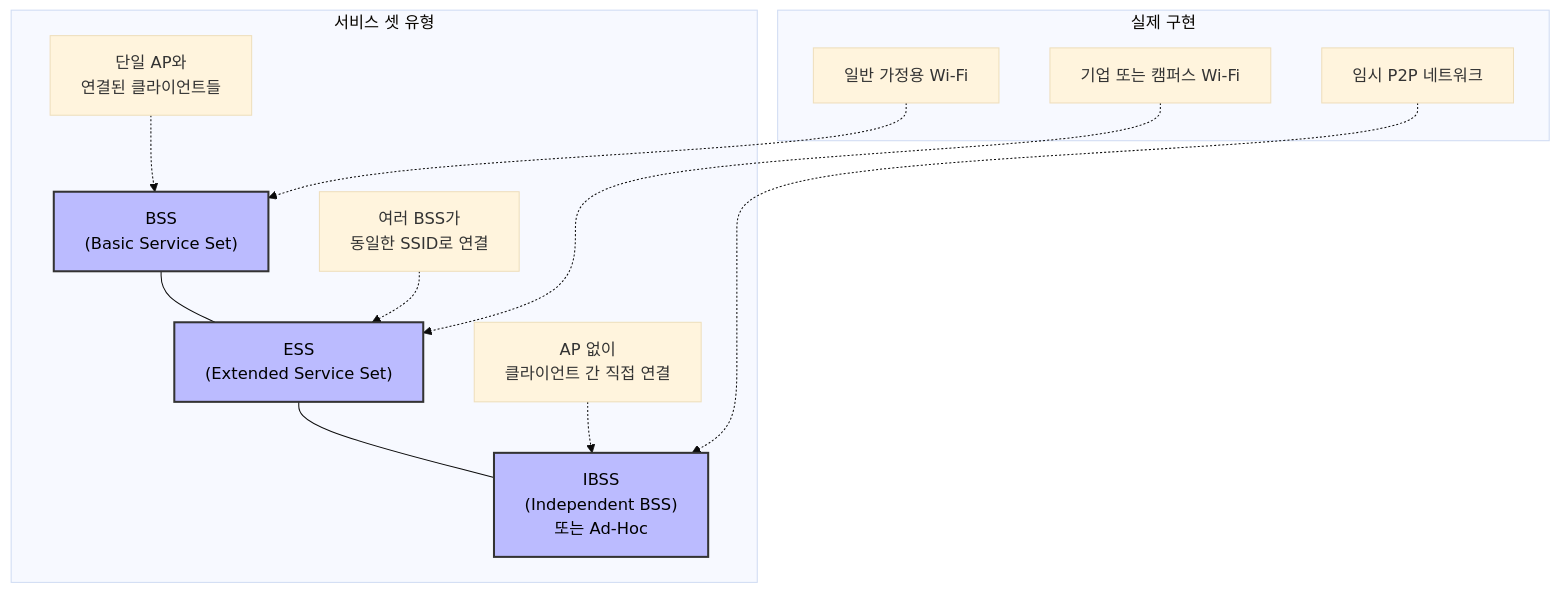
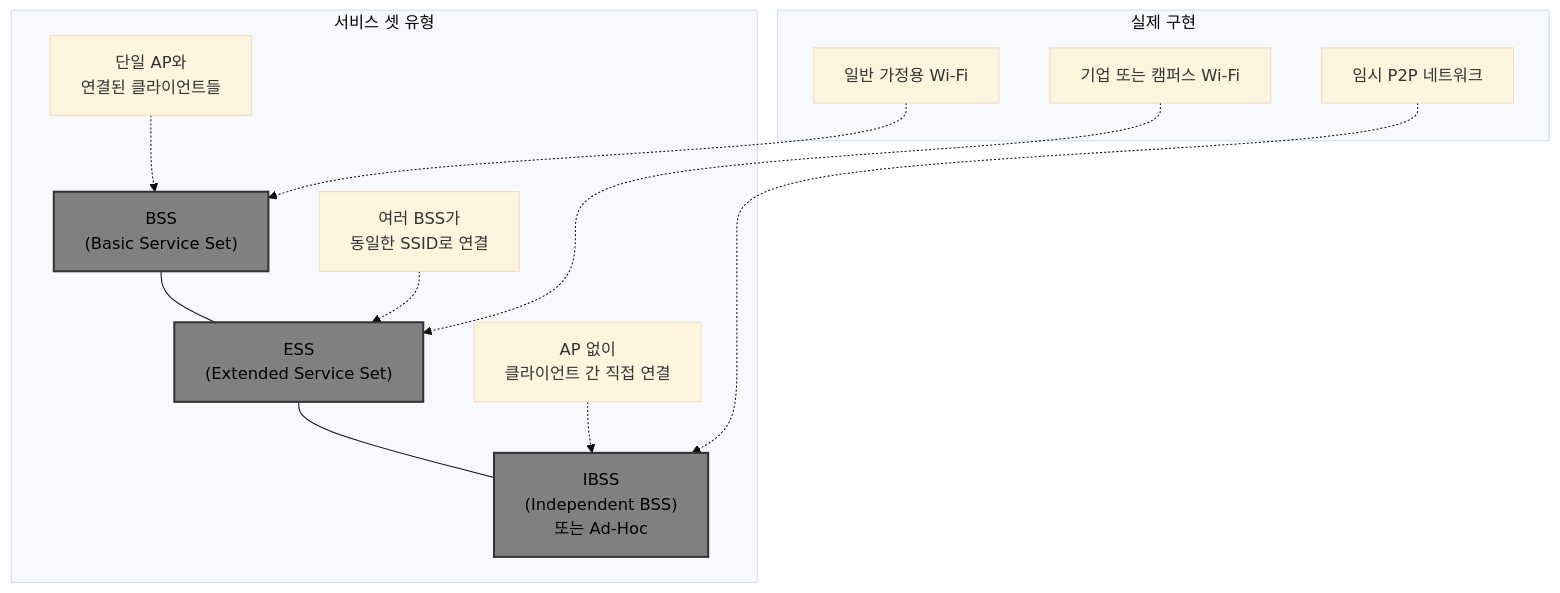
Before and after one commit to KalGookSoo/network-basic: the sixth of 8 diagrams in chapters/07-3_wireless_network.md, drawn with Mermaid (base theme). The commit also changed other lines of this file and 3 other files, not shown here.

Commit message:
docs: 표 시각 개선 - 다이어그램 색상 일관성 및 가독성 향상

````diff
--- a/chapters/07-3_wireless_network.md
+++ b/chapters/07-3_wireless_network.md
@@ -196,20 +196,20 @@
 ```mermaid
 graph TD
     subgraph "서비스 셋 유형"
         A["BSS<br>(Basic Service Set)"] --- B["ESS<br>(Extended Service Set)"] --- C["IBSS<br>(Independent BSS)<br>또는 Ad-Hoc"]
 
         D["단일 AP와<br>연결된 클라이언트들"] -.-> A
         E["여러 BSS가<br>동일한 SSID로 연결"] -.-> B
         F["AP 없이<br>클라이언트 간 직접 연결"] -.-> C
     end
 
     subgraph "실제 구현"
         G["일반 가정용 Wi-Fi"] -.-> A
         H["기업 또는 캠퍼스 Wi-Fi"] -.-> B
         I["임시 P2P 네트워크"] -.-> C
     end
 
-    style A fill:#bbf, stroke:#333, stroke-width:2px, color:#000
-    style B fill:#bbf, stroke:#333, stroke-width:2px, color:#000
-    style C fill:#bbf, stroke:#333, stroke-width:2px, color:#000
+    style A fill:#808080, stroke:#333, stroke-width:2px, color:#000
+    style B fill:#808080, stroke:#333, stroke-width:2px, color:#000
+    style C fill:#808080, stroke:#333, stroke-width:2px, color:#000
 ```
````
